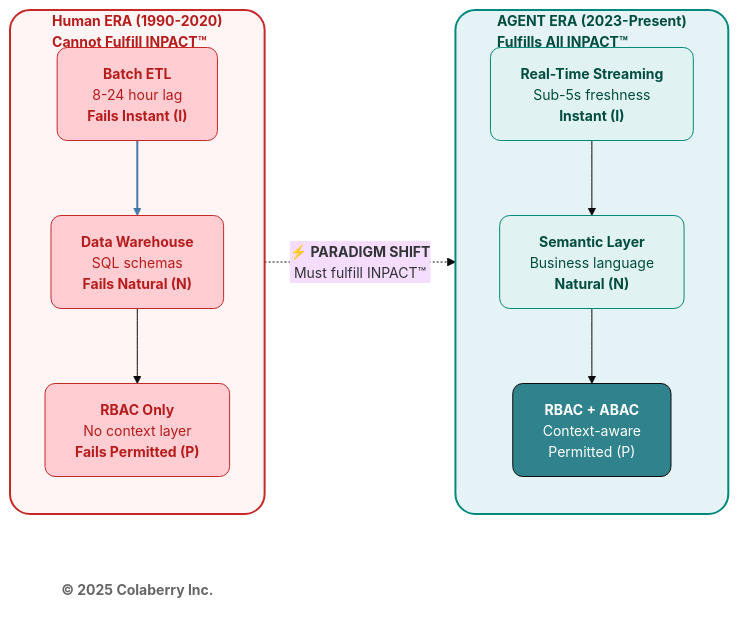
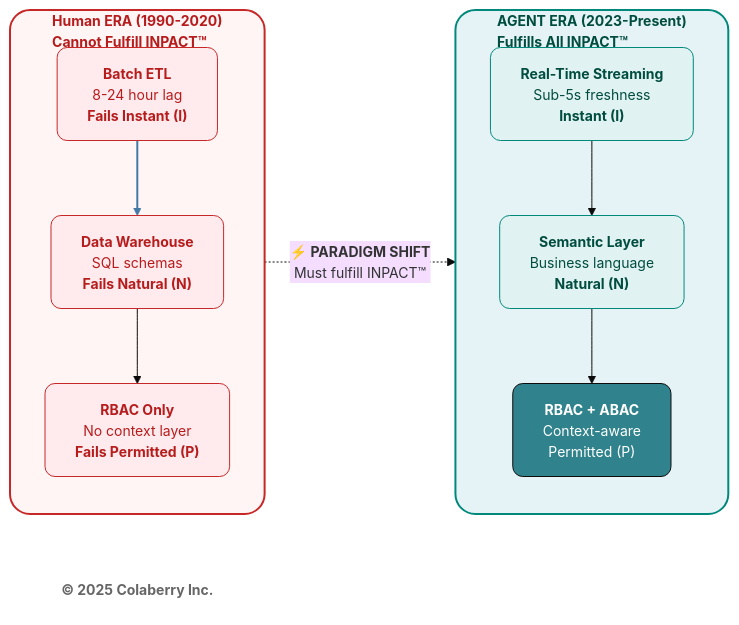
One commit to saitejesh-cyber/trust-before-intelligence-book changed the fifth of 6 diagrams in manuscript/02_chapter_1_why_agents_fail.md. Above: the diagram before and after it, drawn with Mermaid. The commit also changed other lines of this file, not shown here.

Commit message:
Chapter2: Updated mermaid diagrams based on new colaberry color code

````diff
--- a/manuscript/02_chapter_1_why_agents_fail.md
+++ b/manuscript/02_chapter_1_why_agents_fail.md
@@ -552,39 +552,39 @@
 ```mermaid
 %%{init: {'theme':'base', 'themeVariables': {'fontSize':'14px'}}}%%
 
 graph LR
     %% BI ERA (1990-2020) - Red Subgraph
     subgraph BI["<b>Human ERA (1990-2020) <br/> Cannot Fulfill INPACT™</b><br/>"]
         direction TB
         ETL["<b>Batch ETL</b><br/>8-24 hour lag<br/><b> Fails Instant (I)</b>"]
         DW["<b>Data Warehouse</b><br/>SQL schemas<br/><b> Fails Natural (N)</b>"]
         RBAC["<b>RBAC Only</b><br/>No context layer<br/><b> Fails Permitted (P)</b>"]
         
         ETL --> DW --> RBAC
     end
     
     %% PARADIGM SHIFT - Bold Arrow
     BI -.->|"<b>⚡ PARADIGM SHIFT</b><br/>Must fulfill INPACT™"| AGENT
     
     %% AGENT ERA (2023-) - Green Subgraph
     subgraph AGENT["<b>AGENT ERA (2023-Present) <br/> Fulfills All INPACT™</b><br/>"]
         direction TB
         STREAM["<b>Real-Time Streaming</b><br/>Sub-5s freshness<br/><b> Instant (I)</b>"]
         SEMANTIC["<b>Semantic Layer</b><br/>Business language<br/><b> Natural (N)</b>"]
         ABAC["<b>RBAC + ABAC</b><br/>Context-aware<br/> Permitted (P)"]
         
         STREAM --> SEMANTIC --> ABAC
     end
     
     style BI fill:#fff5f5,stroke:#c62828,stroke-width:2px,color:#b71c1c,rx:20,ry:20
-    style ETL fill:#ffcdd2,stroke:#c62828,stroke-width:1px,color:#b71c1c,rx:10,ry:10
-    style DW fill:#ffcdd2,stroke:#c62828,stroke-width:1px,color:#b71c1c,rx:10,ry:10
-    style RBAC fill:#ffcdd2,stroke:#c62828,stroke-width:1px,color:#b71c1c,rx:10,ry:10
+    style ETL fill:#ffebee,stroke:#c62828,stroke-width:1px,color:#b71c1c,rx:10,ry:10
+    style DW fill:#ffebee,stroke:#c62828,stroke-width:1px,color:#b71c1c,rx:10,ry:10
+    style RBAC fill:#ffebee,stroke:#c62828,stroke-width:1px,color:#b71c1c,rx:10,ry:10
     linkStyle 0 stroke:#4478A6,stroke-width:2px,color:#4478A6
     style AGENT fill:#e6f3f6,stroke:#00897b,stroke-width:2px,color:#004d40,rx:20,ry:20
     style STREAM fill:#e0f2f1,stroke:#00897b,stroke-width:1px,color:#004d40,rx:10,ry:10
     style SEMANTIC fill:#e0f2f1,stroke:#00897b,stroke-width:1px,color:#004d40,rx:10,ry:10
     style ABAC fill:#30838C,stroke:#0D0D0D,stroke-width:1px,color:#ffffff,rx:10,ry:10
     CR["<b>© 2025 Colaberry Inc.</b>"]
     style CR fill:none,stroke:none,color:#666666
 ```
````
